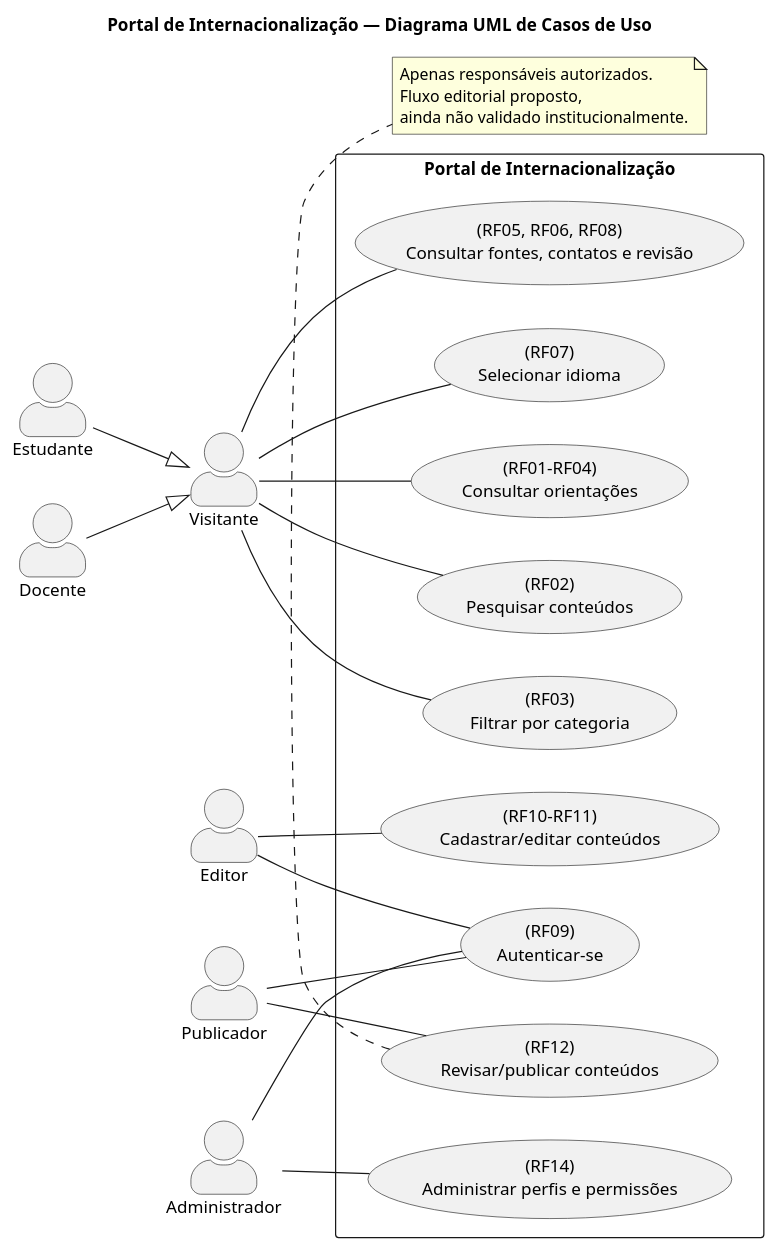
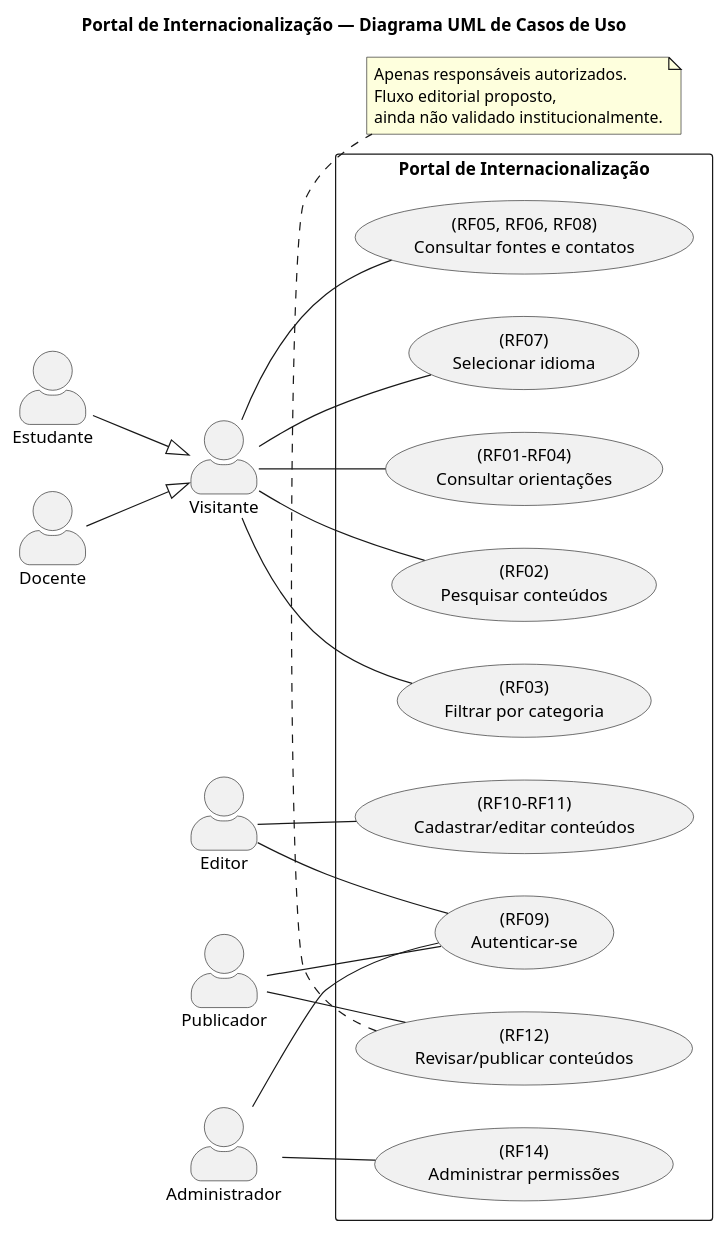
One commit to Ruan-levi/-requisitos-20262--grupo08 changed the diagram in diagramas/01-casos-de-uso.puml. Above: the diagram before and after it, drawn with PlantUML.

Commit message:
uml(P1): uniformizar rótulos entre diagramas fonte e SVG

```diff
--- a/diagramas/01-casos-de-uso.puml
+++ b/diagramas/01-casos-de-uso.puml
@@ -1,46 +1,46 @@
 @startuml
 title Portal de Internacionalização — Diagrama UML de Casos de Uso
 left to right direction
 skinparam shadowing false
 skinparam packageStyle rectangle
 skinparam actorStyle awesome
 
 actor "Visitante" as Visitante
 actor "Estudante" as Estudante
 actor "Docente" as Docente
 actor "Editor" as Editor
 actor "Publicador" as Publicador
 actor "Administrador" as Administrador
 
 Estudante --|> Visitante
 Docente --|> Visitante
 
 rectangle "Portal de Internacionalização" {
   usecase "(RF01–RF04)\nConsultar orientações" as UC1
   usecase "(RF02)\nPesquisar conteúdos" as UC2
   usecase "(RF03)\nFiltrar por categoria" as UC3
-  usecase "(RF05, RF06, RF08)\nConsultar fontes, contatos e revisão" as UC4
+  usecase "(RF05, RF06, RF08)\nConsultar fontes e contatos" as UC4
   usecase "(RF07)\nSelecionar idioma" as UC5
   usecase "(RF09)\nAutenticar-se" as UC6
   usecase "(RF10–RF11)\nCadastrar/editar conteúdos" as UC7
   usecase "(RF12)\nRevisar/publicar conteúdos" as UC8
-  usecase "(RF14)\nAdministrar perfis e permissões" as UC9
+  usecase "(RF14)\nAdministrar permissões" as UC9
 }
 Visitante -- UC1
 Visitante -- UC2
 Visitante -- UC3
 Visitante -- UC4
 Visitante -- UC5
 Editor -- UC6
 Editor -- UC7
 Publicador -- UC6
 Publicador -- UC8
 Administrador -- UC6
 Administrador -- UC9
 
 note bottom of UC8
   Apenas responsáveis autorizados.
   Fluxo editorial proposto,
   ainda não validado institucionalmente.
 end note
 @enduml
```
